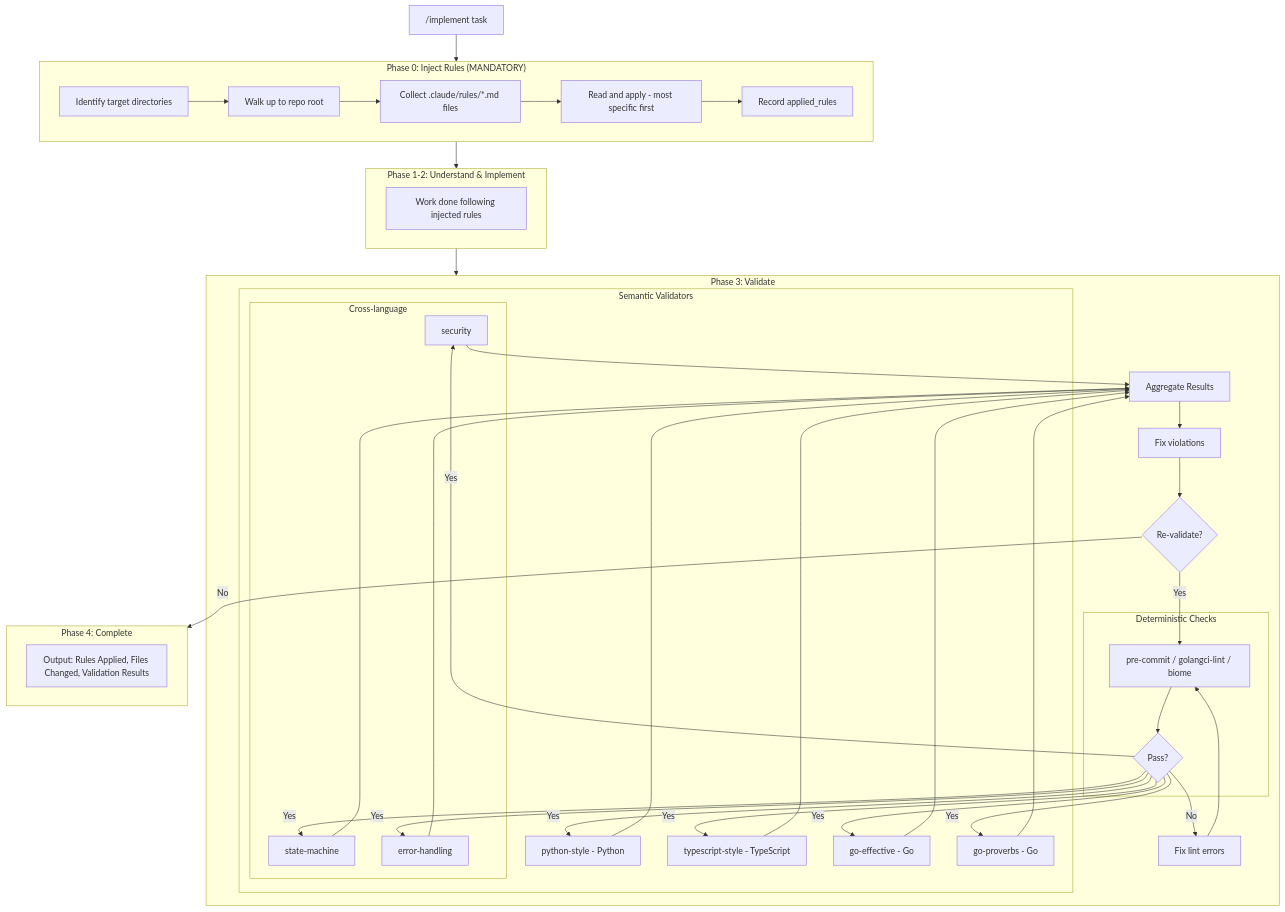
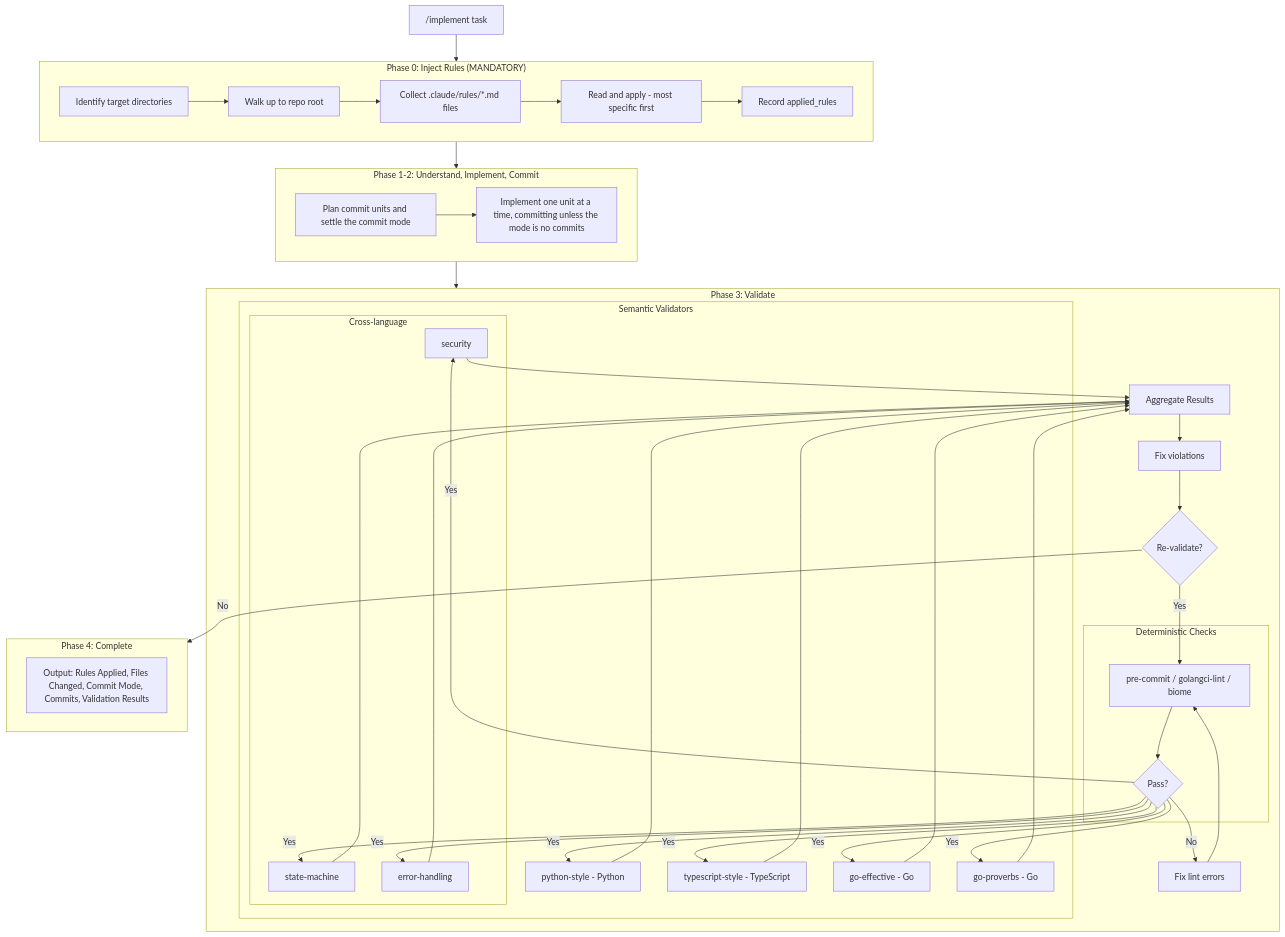
One commit to peteski22/agent-pragma changed the fourth of 7 diagrams in ARCHITECTURE.md. Above: the diagram before and after it, drawn with Mermaid. The commit also changed other lines of this file and 3 other files, not shown here.

First line of the commit message:
Commit each planned unit as the implement skill works (#157)

````diff
--- a/ARCHITECTURE.md
+++ b/ARCHITECTURE.md
@@ -234,56 +256,58 @@
 ```mermaid
 flowchart TD
     subgraph Phase0["Phase 0: Inject Rules (MANDATORY)"]
         P0A[Identify target directories]
         P0B[Walk up to repo root]
         P0C[Collect .claude/rules/*.md files]
         P0D[Read and apply - most specific first]
         P0E[Record applied_rules]
         P0A --> P0B --> P0C --> P0D --> P0E
     end
 
-    subgraph Phase12["Phase 1-2: Understand & Implement"]
-        P12[Work done following injected rules]
+    subgraph Phase12["Phase 1-2: Understand, Implement, Commit"]
+        P12A[Plan commit units and settle the commit mode]
+        P12B[Implement one unit at a time, committing unless the mode is no commits]
+        P12A --> P12B
     end
 
     subgraph Phase3["Phase 3: Validate"]
         subgraph Deterministic["Deterministic Checks"]
             Lint[pre-commit / golangci-lint / biome]
             LintFail{Pass?}
             Lint --> LintFail
         end
 
         subgraph Semantic["Semantic Validators"]
             subgraph CrossLang2["Cross-language"]
                 SecVal[security]
                 StmVal[state-machine]
                 ErrVal[error-handling]
             end
             PyVal[python-style - Python]
             TSVal[typescript-style - TypeScript]
             GoEff[go-effective - Go]
             GoProv[go-proverbs - Go]
         end
 
         Agg[Aggregate Results]
         Fix[Fix violations]
         ReVal{Re-validate?}
 
         LintFail -->|No| FixLint[Fix lint errors]
         FixLint --> Lint
         LintFail -->|Yes| SecVal & StmVal & ErrVal & PyVal & TSVal & GoEff & GoProv
         SecVal & StmVal & ErrVal & PyVal & TSVal & GoEff & GoProv --> Agg
         Agg --> Fix
         Fix --> ReVal
         ReVal -->|Yes| Lint
     end
 
     subgraph Phase4["Phase 4: Complete"]
-        Output[Output: Rules Applied, Files Changed, Validation Results]
+        Output[Output: Rules Applied, Files Changed, Commit Mode, Commits, Validation Results]
     end
 
     Start["/implement task"] --> Phase0
     Phase0 --> Phase12
     Phase12 --> Phase3
     ReVal -->|No| Phase4
 ```
````
